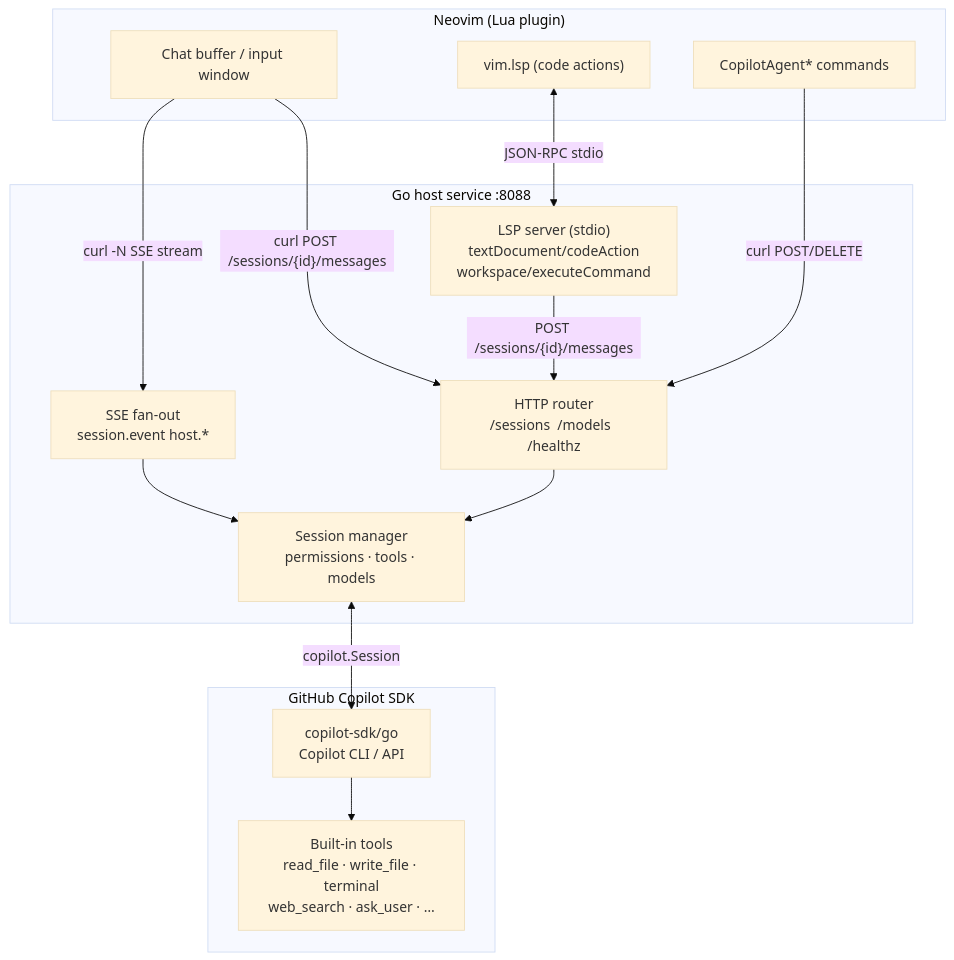
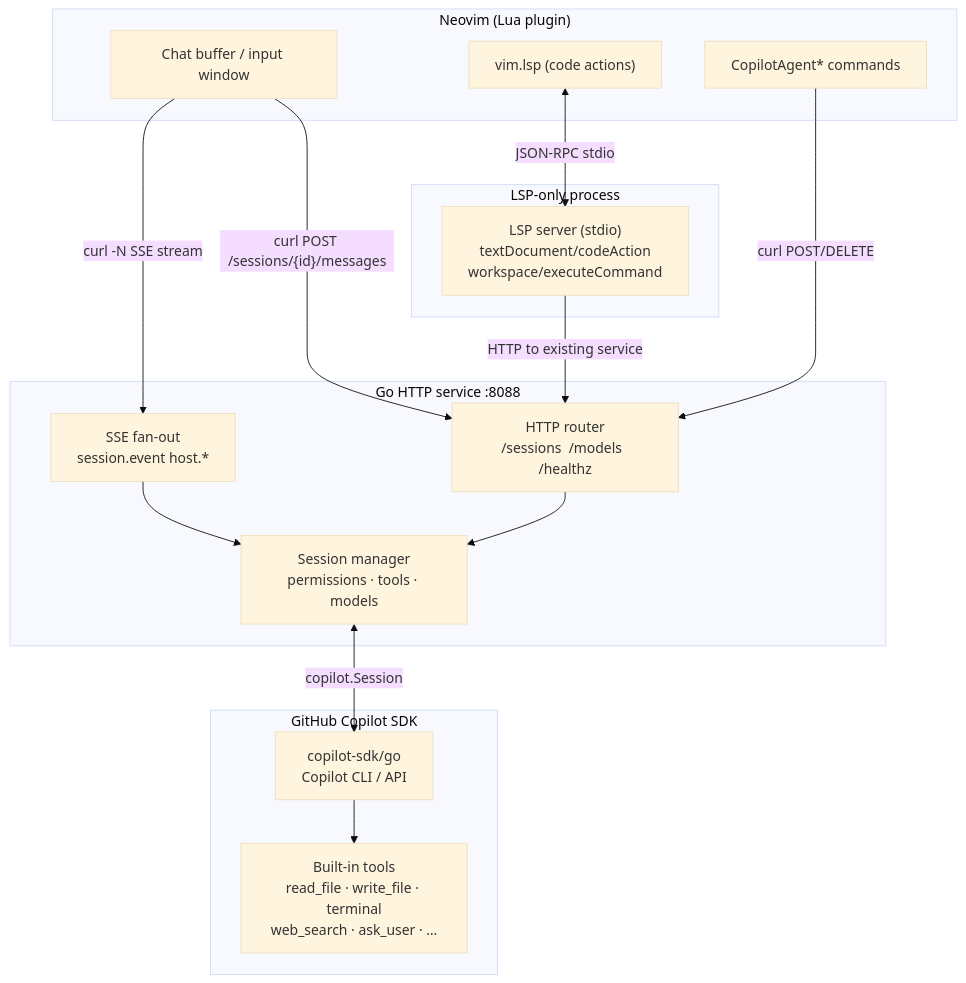
The diagram in README.md (ray-x/copilot-agent.nvim), drawn with Mermaid (base theme) before and after one commit. The commit also changed other lines of this file and 34 other files, not shown here.

````diff
--- a/README.md
+++ b/README.md
@@ -31,30 +31,33 @@
 ```mermaid
 flowchart TD
     subgraph Neovim["Neovim (Lua plugin)"]
         UI["Chat buffer / input window"]
         LSPClient["vim.lsp (code actions)"]
         Cmds["CopilotAgent* commands"]
     end
 
-    subgraph GoService["Go host service  :8088"]
+    subgraph GoService["Go HTTP service  :8088"]
         HTTP["HTTP router\n/sessions  /models  /healthz"]
         SSE["SSE fan-out\nsession.event  host.*"]
+        Sessions["Session manager\npermissions · tools · models"]
+    end
+
+    subgraph LSPProcess["LSP-only process"]
         LSPServer["LSP server (stdio)\ntextDocument/codeAction\nworkspace/executeCommand"]
-        Sessions["Session manager\npermissions · tools · models"]
     end
 
     subgraph SDK["GitHub Copilot SDK"]
         CopilotSDK["copilot-sdk/go\nCopilot CLI / API"]
         Tools["Built-in tools\nread_file · write_file · terminal\nweb_search · ask_user · …"]
     end
 
     UI -->|"curl POST /sessions/{id}/messages"| HTTP
     UI -->|"curl -N SSE stream"| SSE
     Cmds -->|"curl POST/DELETE"| HTTP
     LSPClient <-->|"JSON-RPC stdio"| LSPServer
-    LSPServer -->|"POST /sessions/{id}/messages"| HTTP
+    LSPServer -->|"HTTP to existing service"| HTTP
     HTTP --> Sessions
     SSE --> Sessions
     Sessions <-->|"copilot.Session"| CopilotSDK
     CopilotSDK --> Tools
 ```
````
